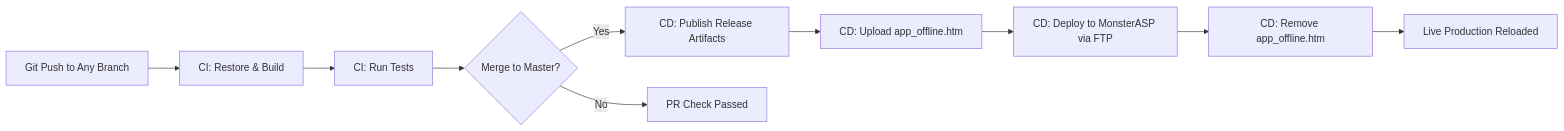
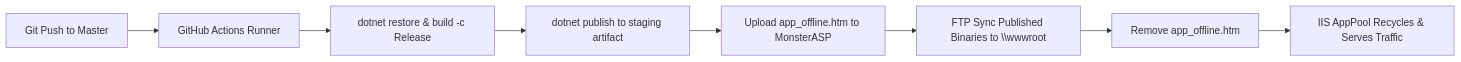
Before and after one commit to hassans22hh-ship-it/SunbulaGraduationProject: the third of 3 diagrams in README.md, drawn with Mermaid. The commit also changed other lines of this file and 19 other files, not shown here.

````diff
--- a/README.md
+++ b/README.md
@@ -263,12 +277,10 @@
 ```mermaid
 flowchart LR
-    A[Git Push to Any Branch] --> B[CI: Restore & Build]
-    B --> C[CI: Run Tests]
-    C --> D{Merge to Master?}
-    D -- Yes --> E[CD: Publish Release Artifacts]
-    E --> F[CD: Upload app_offline.htm]
-    F --> G[CD: Deploy to MonsterASP via FTP]
-    G --> H[CD: Remove app_offline.htm]
-    H --> I[Live Production Reloaded]
-    D -- No --> J[PR Check Passed]
+    A[Git Push to Master] --> B[GitHub Actions Runner]
+    B --> C[dotnet restore & build -c Release]
+    C --> D[dotnet publish to staging artifact]
+    D --> E[Upload app_offline.htm to MonsterASP]
+    E --> F[FTP Sync Published Binaries to \\wwwroot]
+    F --> G[Remove app_offline.htm]
+    G --> H[IIS AppPool Recycles & Serves Traffic]
 ```
````
